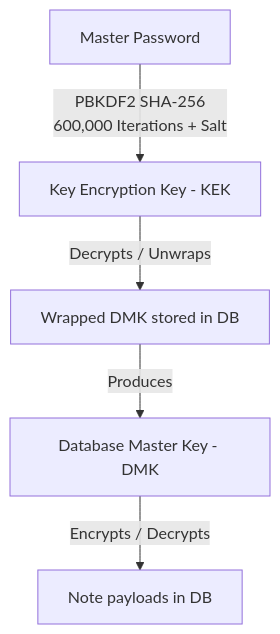
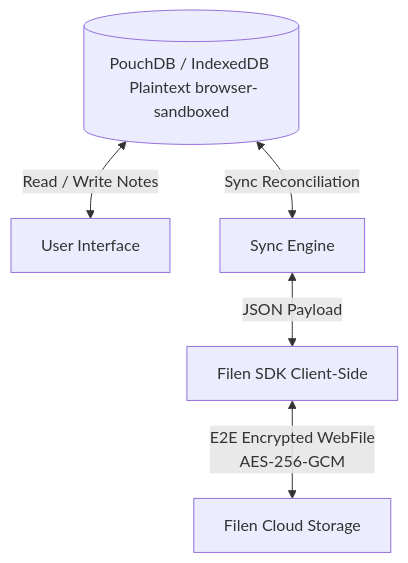
One commit to FrancoFantomius/Noten changed the diagram in README.md. Above: the diagram before and after it, drawn with Mermaid. The commit also changed other lines of this file and 9 other files, not shown here.

````diff
--- a/README.md
+++ b/README.md
@@ -28,7 +44,7 @@
 ```mermaid
 graph TD
-    Password[Master Password] -->|PBKDF2 SHA-256 <br/> 600,000 Iterations + Salt| KEK[Key Encryption Key - KEK]
-    KEK -->|Decrypts / Unwraps| WrappedDMK[Wrapped DMK stored in DB]
-    WrappedDMK -->|Produces| DMK[Database Master Key - DMK]
-    DMK -->|Encrypts / Decrypts| Notes[Note payloads in DB]
+    LocalDB[(PouchDB / IndexedDB <br/> Plaintext browser-sandboxed)] <-->|Read / Write Notes| UI[User Interface]
+    LocalDB <-->|Sync Reconciliation| Sync[Sync Engine]
+    Sync <-->|JSON Payload| SDK[Filen SDK Client-Side]
+    SDK <-->|E2E Encrypted WebFile <br/> AES-256-GCM| Cloud[Filen Cloud Storage]
 ```
````
